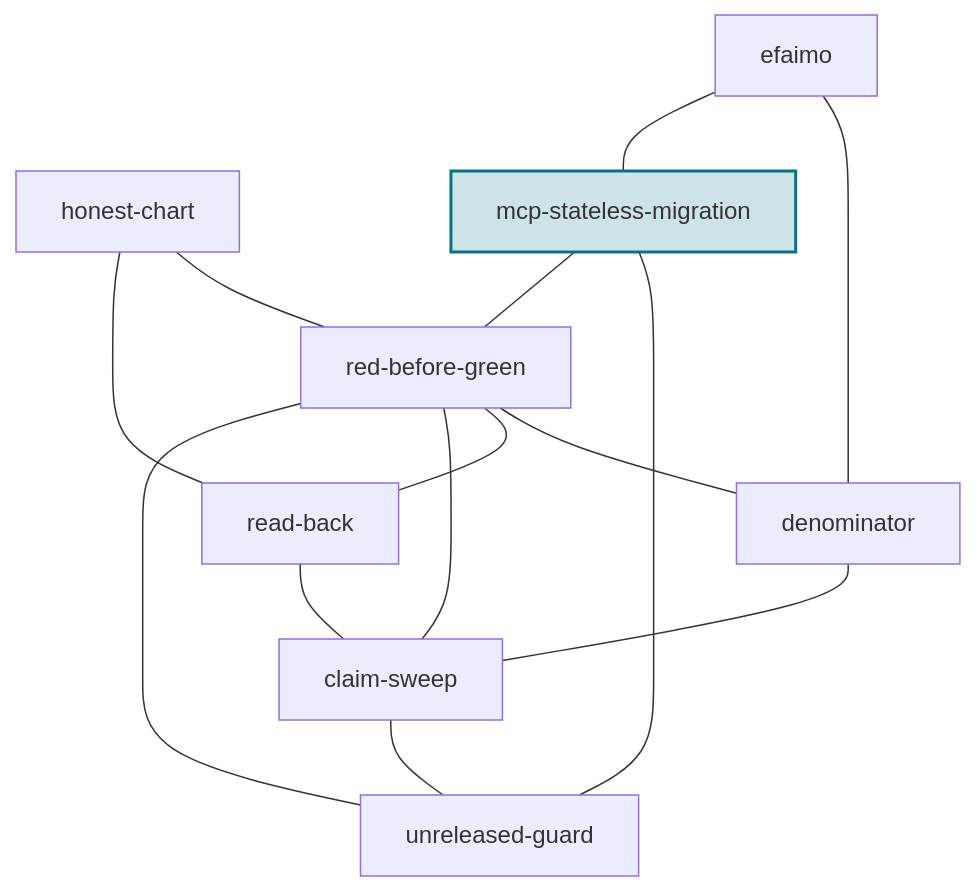
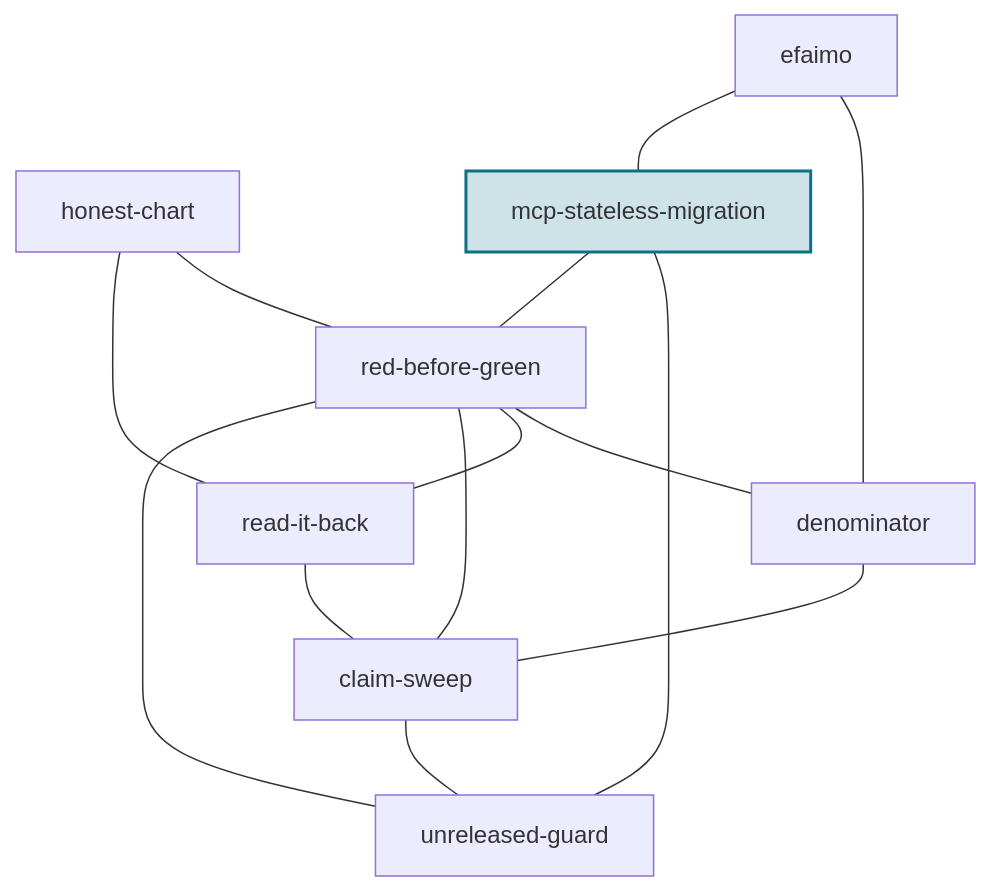
One commit to efaimo-ai/mcp-stateless-migration changed the third of 3 diagrams in README.md. Above: the diagram before and after it, drawn with Mermaid. The commit also changed other lines of this file, not shown here.

Commit message:
README: the set table names read-it-back
Regenerated by skill-pkg/readme.mjs after the read-back rename.

````diff
--- a/README.md
+++ b/README.md
@@ -234,26 +234,26 @@
 ```mermaid
 graph TD
     red_before_green["red-before-green"]
     denominator["denominator"]
-    read_back["read-back"]
+    read_it_back["read-it-back"]
     claim_sweep["claim-sweep"]
     unreleased_guard["unreleased-guard"]
     honest_chart["honest-chart"]
     mcp_stateless_migration["mcp-stateless-migration"]
     efaimo["efaimo"]
     red_before_green --- denominator
-    red_before_green --- read_back
+    red_before_green --- read_it_back
     denominator --- claim_sweep
-    read_back --- claim_sweep
+    read_it_back --- claim_sweep
     claim_sweep --- red_before_green
     claim_sweep --- unreleased_guard
     unreleased_guard --- red_before_green
     honest_chart --- red_before_green
-    honest_chart --- read_back
+    honest_chart --- read_it_back
     mcp_stateless_migration --- unreleased_guard
     mcp_stateless_migration --- red_before_green
     efaimo --- denominator
     efaimo --- mcp_stateless_migration
     classDef self fill:#0b728533,stroke:#0b7285,stroke-width:2px;
     class mcp_stateless_migration self;
 ```
````
